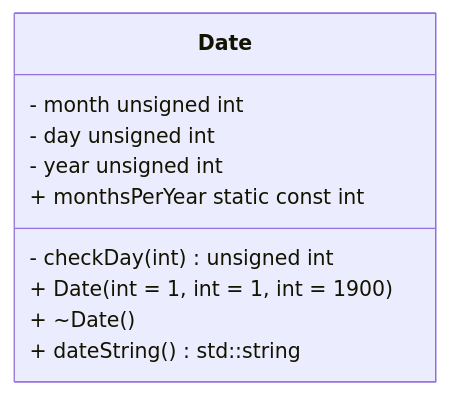
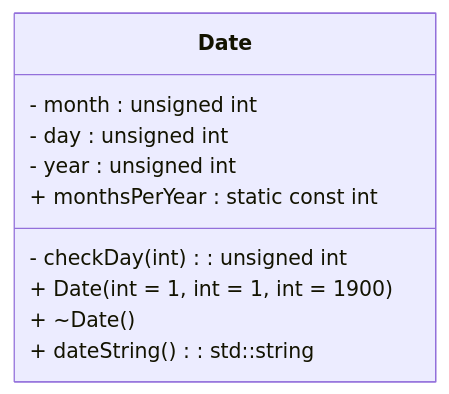
One commit to heimsothe/Spring-2024-OOP-Cpp-Labs changed the first of 4 diagrams in Lab06/README.md. Above: the diagram before and after it, drawn with Mermaid.

Commit message:
[Lab06] Update README.md

````diff
--- a/Lab06/README.md
+++ b/Lab06/README.md
@@ -198,20 +198,20 @@
 ```mermaid
 %%{
   init: {
     'themeVariables': {
       'fontFamily': 'monospace'
     }
   }
 }%%
 classDiagram
     class Date {
-        - month unsigned int
-        - day unsigned int
-        - year unsigned int
-        - checkDay(int) unsigned int
-        + monthsPerYear static const int
+        - month : unsigned int
+        - day : unsigned int
+        - year : unsigned int
+        - checkDay(int) : unsigned int
+        + monthsPerYear : static const int
         + Date( int = 1, int = 1, int = 1900 )
         + ~Date()
-        + dateString() std::string
+        + dateString() : std::string
     }
 ```
````
